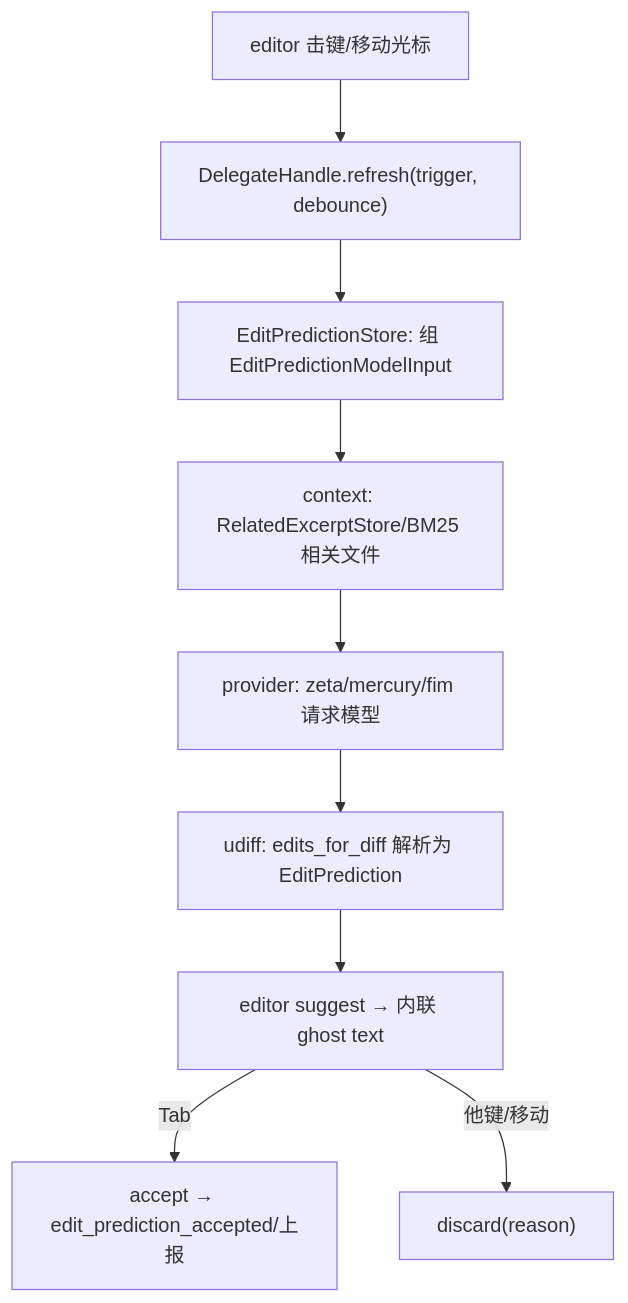
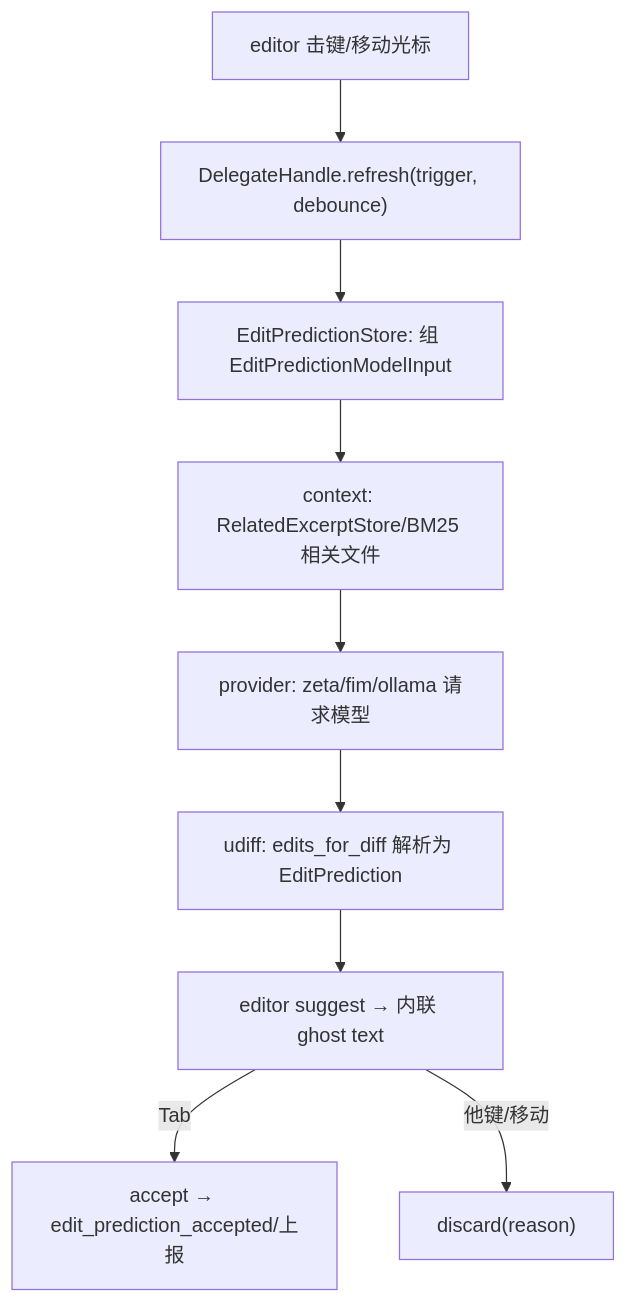
One commit to rzhangjing/zed changed the second of 2 diagrams in wiki/Edit-Prediction-Deep-Dive.md. Above: the diagram before and after it, drawn with Mermaid. The commit also changed other lines of this file and 96 other files, not shown here.

````diff
--- a/wiki/Edit-Prediction-Deep-Dive.md
+++ b/wiki/Edit-Prediction-Deep-Dive.md
@@ -85,11 +84,11 @@
 ```mermaid
 graph TB
     A["editor 击键/移动光标"] --> B["DelegateHandle.refresh(trigger, debounce)"]
     B --> C["EditPredictionStore: 组 EditPredictionModelInput"]
     C --> D["context: RelatedExcerptStore/BM25 相关文件"]
-    D --> E["provider: zeta/mercury/fim 请求模型"]
+    D --> E["provider: zeta/fim/ollama 请求模型"]
     E --> F["udiff: edits_for_diff 解析为 EditPrediction"]
     F --> G["editor suggest → 内联 ghost text"]
     G -->|Tab| H["accept → edit_prediction_accepted/上报"]
     G -->|他键/移动| I["discard(reason)"]
 ```
````
